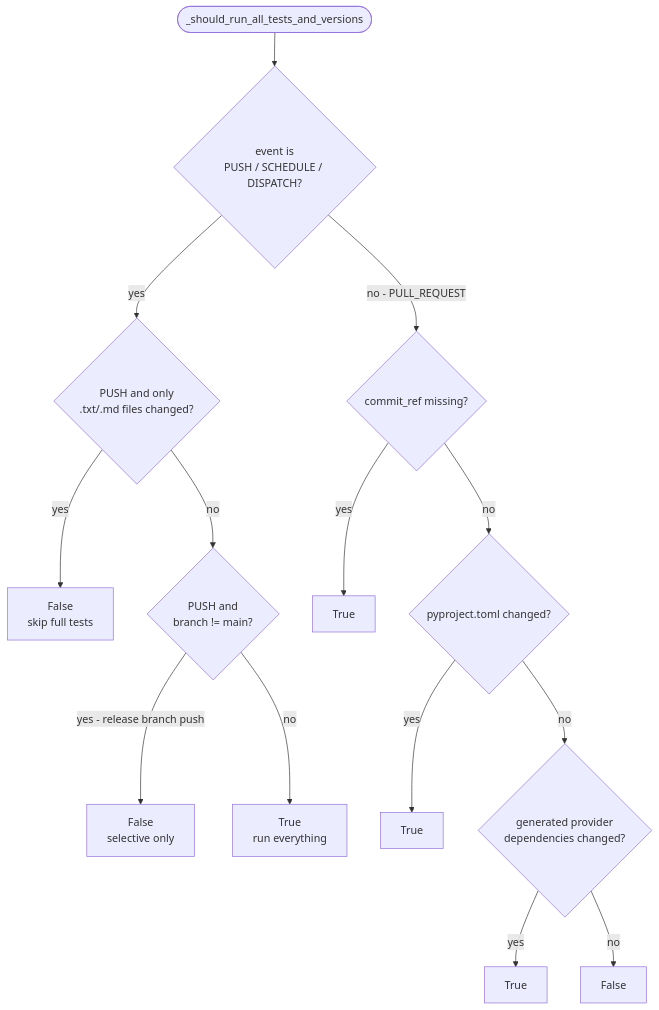
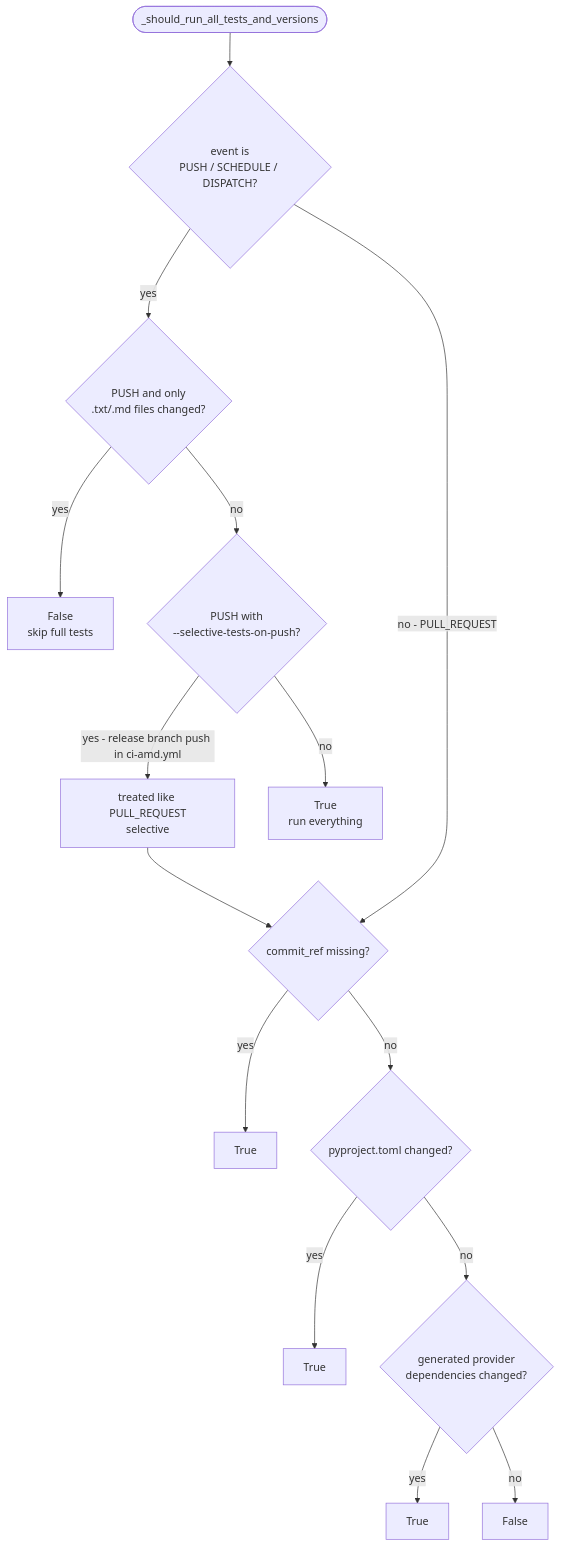
One commit to apache/airflow changed the second of 5 diagrams in dev/breeze/doc/ci/04_selective_checks.md. Above: the diagram before and after it, drawn with Mermaid. The commit also changed other lines of this file and 17 other files, not shown here.

First line of the commit message:
Run full CI on release branches on a schedule instead of every push

````diff
--- a/dev/breeze/doc/ci/04_selective_checks.md
+++ b/dev/breeze/doc/ci/04_selective_checks.md
@@ -142,16 +142,17 @@
 ```mermaid
 flowchart TD
     A([_should_run_all_tests_and_versions]) --> B{event is<br/>PUSH / SCHEDULE / DISPATCH?}
     B -->|yes| C{PUSH and only<br/>.txt/.md files changed?}
     C -->|yes| NO1[False<br/>skip full tests]
-    C -->|no| D{PUSH and<br/>branch != main?}
-    D -->|yes - release branch push| NO2[False<br/>selective only]
+    C -->|no| D{PUSH with<br/>--selective-tests-on-push?}
+    D -->|yes - release branch push in ci-amd.yml| NO2[treated like PULL_REQUEST<br/>selective]
+    NO2 --> E
     D -->|no| YES1[True<br/>run everything]
     B -->|no - PULL_REQUEST| E{commit_ref missing?}
     E -->|yes| YES2[True]
     E -->|no| Fp{pyproject.toml changed?}
     Fp -->|yes| YES3[True]
     Fp -->|no| G{generated provider<br/>dependencies changed?}
     G -->|yes| YES4[True]
     G -->|no| NO3[False]
 ```
````
